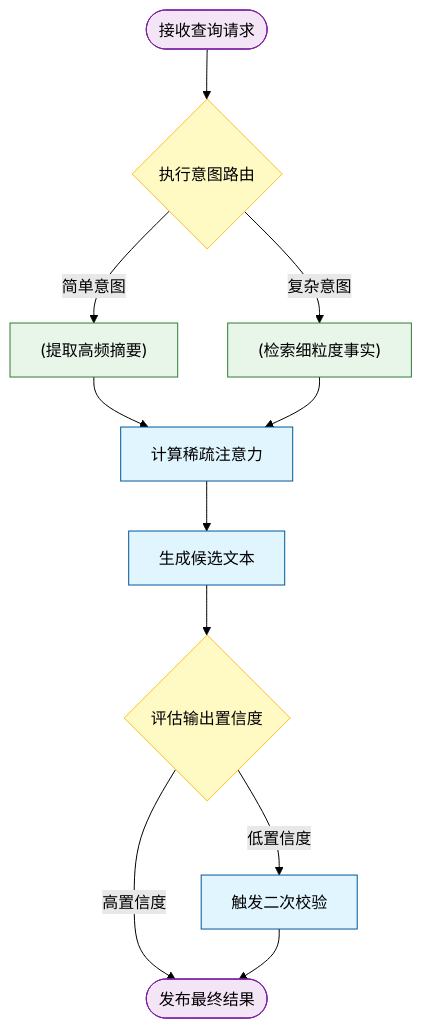
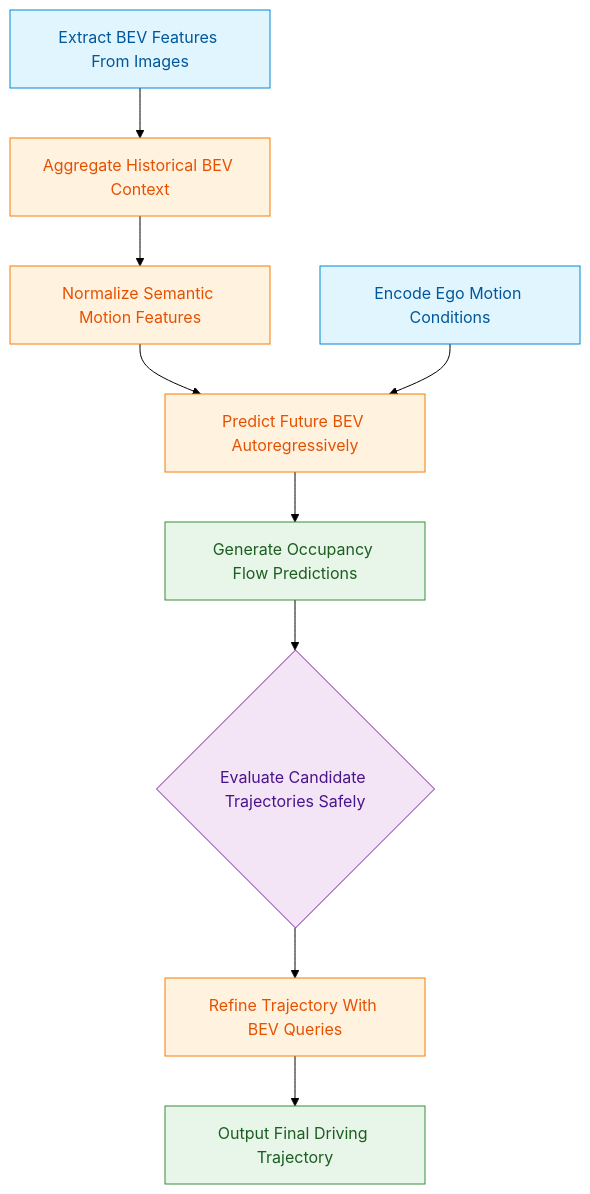
One commit to ShinewineW/paper-rolling changed the second of 10 diagrams in person_vault/2026-06-12_DrivingInTheOccupancyWorldVisionCentric4_2408.14197/report.md. Above: the diagram before and after it, drawn with Mermaid (forest theme). The commit also changed other lines of this file and 51 other files, not shown here.

````diff
--- a/person_vault/2026-06-12_DrivingInTheOccupancyWorldVisionCentric4_2408.14197/report.md
+++ b/person_vault/2026-06-12_DrivingInTheOccupancyWorldVisionCentric4_2408.14197/report.md
@@ -91,22 +92,16 @@
 ```mermaid
 flowchart TD
-    start_node(["接收查询请求"]) --> route_node{执行意图路由}
-    route_node -->|简单意图| summary_node["(提取高频摘要)"]
-    route_node -->|复杂意图| detail_node["(检索细粒度事实)"]
-    summary_node --> attention_node["计算稀疏注意力"]
-    detail_node --> attention_node
-    attention_node --> generate_node["生成候选文本"]
-    generate_node --> gate_node{评估输出置信度}
-    gate_node -->|高置信度| end_node(["发布最终结果"])
-    gate_node -->|低置信度| retry_node["触发二次校验"]
-    retry_node --> end_node
+    classDef input fill:#e1f5fe,color:#01579b,stroke:#0288d1
+    classDef process fill:#fff3e0,color:#e65100,stroke:#f57c00
+    classDef output fill:#e8f5e9,color:#1b5e20,stroke:#388e3c
+    classDef decision fill:#f3e5f5,color:#4a148c,stroke:#7b1fa2
 
-    classDef process fill:#e1f5fe,stroke:#01579b,color:#000;
-    classDef decision fill:#fff9c4,stroke:#fbc02d,color:#000;
-    classDef data fill:#e8f5e9,stroke:#2e7d32,color:#000;
-    classDef startend fill:#f3e5f5,stroke:#7b1fa2,color:#000;
-    class route_node,gate_node decision;
-    class summary_node,detail_node data;
-    class attention_node,generate_node,retry_node process;
-    class start_node,end_node startend;
+    hist_enc["Extract BEV Features From Images"]:::input --> mem_q["Aggregate Historical BEV Context"]:::process
+    mem_q --> norm["Normalize Semantic Motion Features"]:::process
+    norm --> world_dec["Predict Future BEV Autoregressively"]:::process
+    action_cond["Encode Ego Motion Conditions"]:::input --> world_dec
+    world_dec --> occ_flow["Generate Occupancy Flow Predictions"]:::output
+    occ_flow --> planner{Evaluate Candidate Trajectories Safely}:::decision
+    planner --> refine["Refine Trajectory With BEV Queries"]:::process
+    refine --> final_traj["Output Final Driving Trajectory"]:::output
 ```
````
